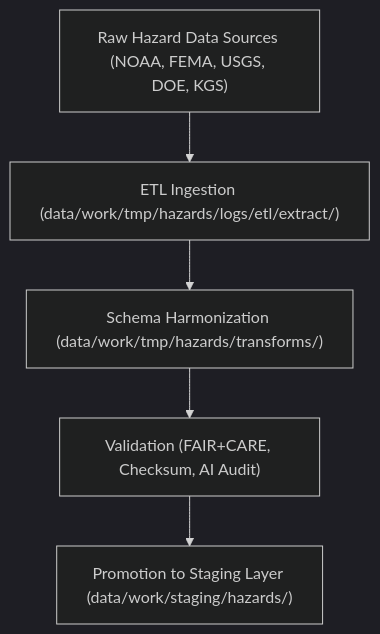
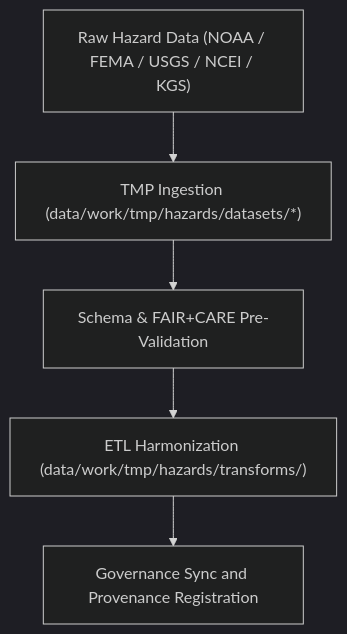
One commit to bartytime4life/Kansas-Frontier-Matrix changed the diagram in data/work/tmp/hazards/datasets/README.md. Above: the diagram before and after it, drawn with Mermaid (dark theme). The commit also changed other lines of this file, not shown here.

````diff
--- a/data/work/tmp/hazards/datasets/README.md
+++ b/data/work/tmp/hazards/datasets/README.md
@@ -85,7 +78,7 @@
 ```mermaid
 flowchart TD
-    A["Raw Hazard Data Sources (NOAA, FEMA, USGS, DOE, KGS)"] --> B["ETL Ingestion (data/work/tmp/hazards/logs/etl/extract/)"]
-    B --> C["Schema Harmonization (data/work/tmp/hazards/transforms/)"]
-    C --> D["Validation (FAIR+CARE, Checksum, AI Audit)"]
-    D --> E["Promotion to Staging Layer (data/work/staging/hazards/)"]
+    A["Raw Hazard Data (NOAA / FEMA / USGS / NCEI / KGS)"] --> B["TMP Ingestion (data/work/tmp/hazards/datasets/*)"]
+    B --> C["Schema & FAIR+CARE Pre-Validation"]
+    C --> D["ETL Harmonization (data/work/tmp/hazards/transforms/)"]
+    D --> E["Governance Sync and Provenance Registration"]
 ```
````
